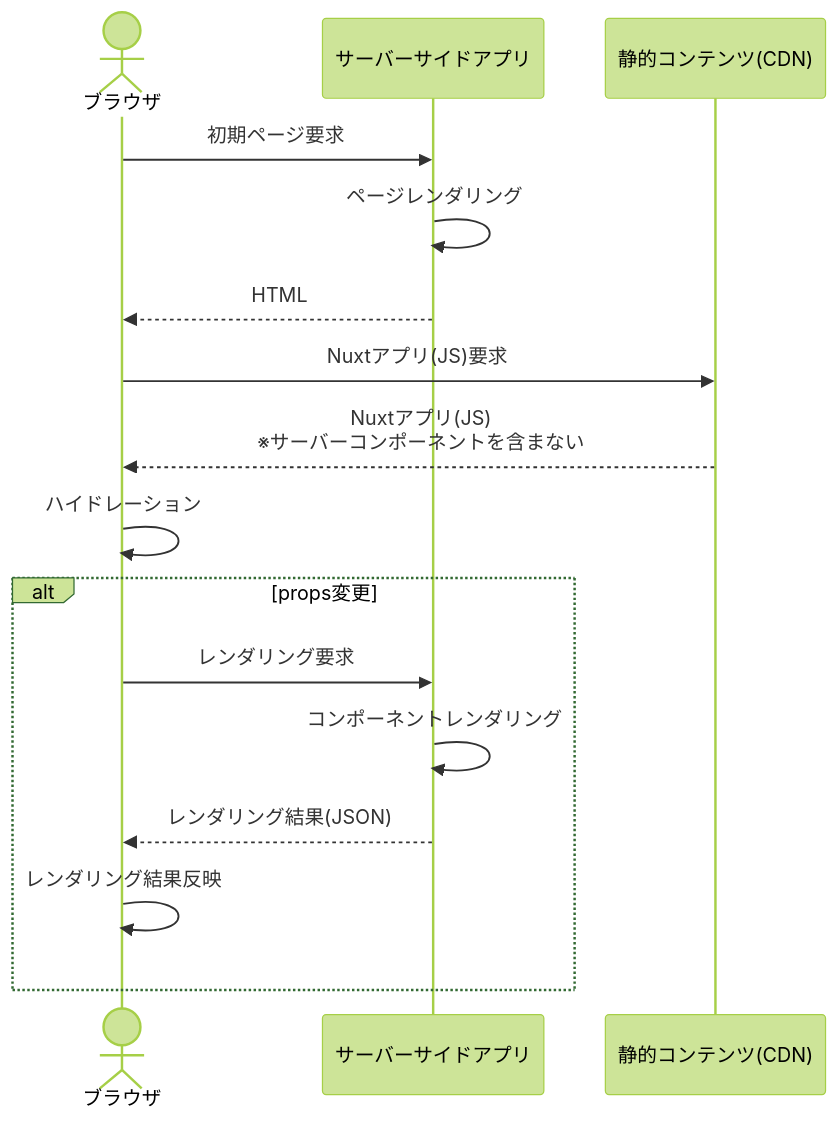
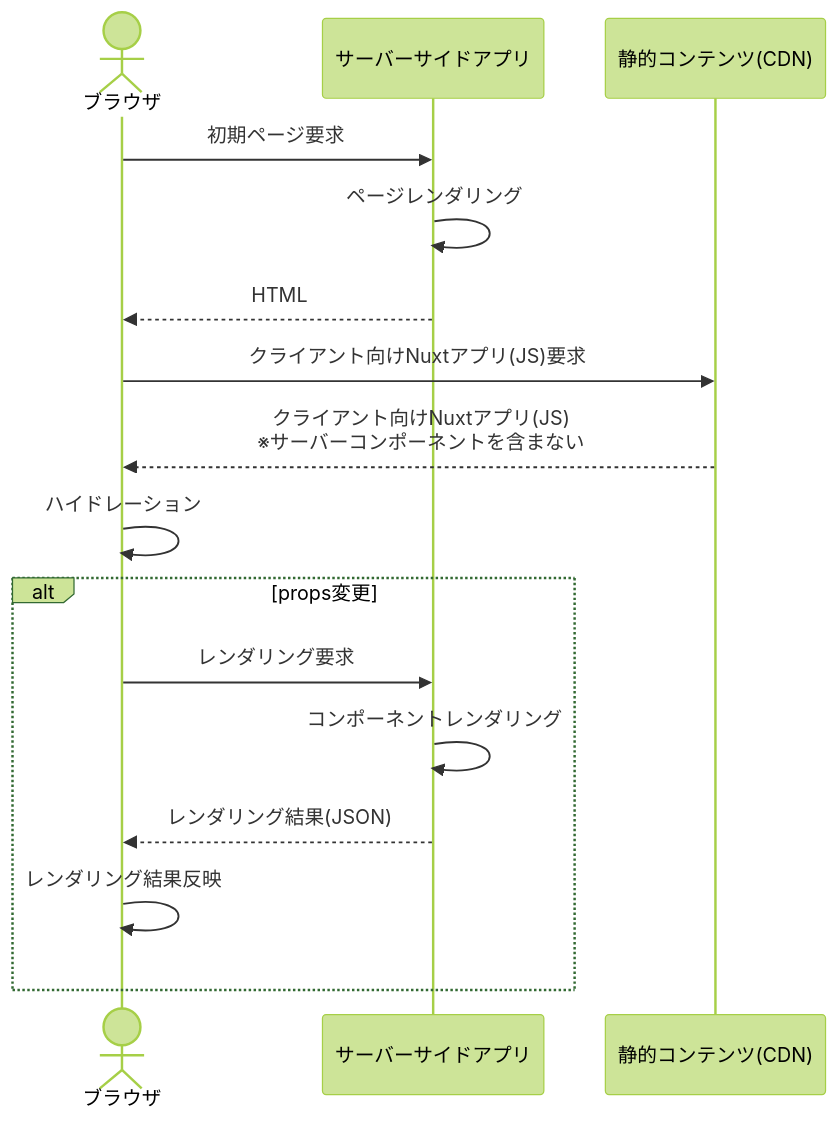
Before and after one commit to mamezou-tech/mamezou-tech-site: the diagram in src/posts/blogs/2023/0705_nuxt3-server-components-intro.md, drawn with Mermaid (forest theme). The commit also changed other lines of this file and 1 other file, not shown here.

````diff
--- a/src/posts/blogs/2023/0705_nuxt3-server-components-intro.md
+++ b/src/posts/blogs/2023/0705_nuxt3-server-components-intro.md
@@ -157,18 +158,18 @@
 ```mermaid
 sequenceDiagram
     actor B as ブラウザ
     participant SV as サーバーサイドアプリ
     participant CDN as 静的コンテンツ(CDN)
     B ->> SV: 初期ページ要求
     SV ->> SV: ページレンダリング
     SV -->> B: HTML
-    B ->> CDN: Nuxtアプリ(JS)要求
-    CDN -->> B: Nuxtアプリ(JS)<br />※サーバーコンポーネントを含まない
+    B ->> CDN: クライアント向けNuxtアプリ(JS)要求
+    CDN -->> B: クライアント向けNuxtアプリ(JS)<br />※サーバーコンポーネントを含まない
     B ->> B: ハイドレーション
     alt props変更
         B ->> SV: レンダリング要求
         SV ->> SV: コンポーネントレンダリング
         SV -->> B: レンダリング結果(JSON)
         B ->> B: レンダリング結果反映
     end
 ```
````
